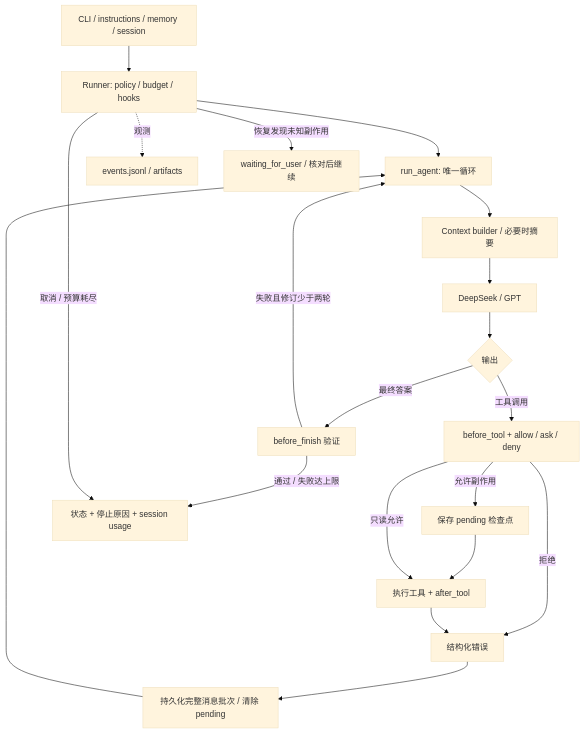
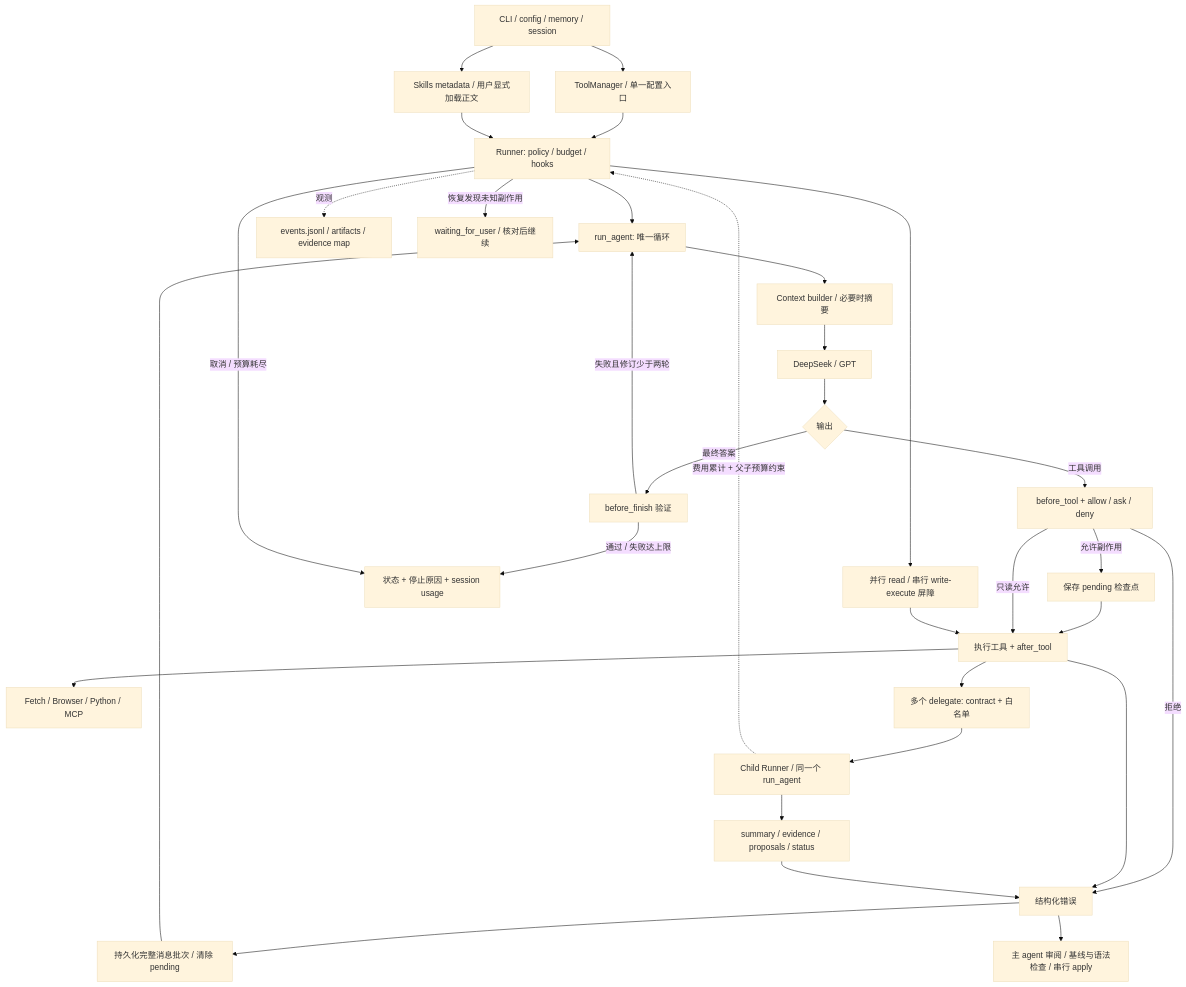
The first of 3 diagrams in docs/architecture.md (Huangsj1/ajAgent), drawn with Mermaid (base theme) before and after one commit. The commit also changed other lines of this file and 79 other files, not shown here.

Commit message:
完成stage6: 添加multi-agent, skills, mcp, 并且多工具并行（子agent并行）

````diff
--- a/docs/architecture.md
+++ b/docs/architecture.md
@@ -3,22 +3,34 @@
 ```mermaid
 flowchart TD
-    U[CLI / instructions / memory / session] --> R[Runner: policy / budget / hooks]
+    U[CLI / config / memory / session] --> TM[ToolManager / 单一配置入口]
+    TM --> R[Runner: policy / budget / hooks]
     R --> L[run_agent: 唯一循环]
     L --> C[Context builder / 必要时摘要]
     C --> M[DeepSeek / GPT]
     M --> D{输出}
     D -->|工具调用| P[before_tool + allow / ask / deny]
     P -->|允许副作用| I[保存 pending 检查点]
     I --> T[执行工具 + after_tool]
     P -->|只读允许| T
     P -->|拒绝| O[结构化错误]
     T --> O
     O --> S[持久化完整消息批次 / 清除 pending]
     S --> L
     D -->|最终答案| V[before_finish 验证]
     V -->|失败且修订少于两轮| L
     V -->|通过 / 失败达上限| F[状态 + 停止原因 + session usage]
-    R -.观测.-> E[events.jsonl / artifacts]
+    R -.观测.-> E[events.jsonl / artifacts / evidence map]
+    U --> SK[Skills metadata / 用户显式加载正文]
+    SK --> R
+    R --> SR[并行 read / 串行 write-execute 屏障]
+    SR --> T
+    T --> X[Fetch / Browser / Python / MCP]
+    T --> DE[多个 delegate: contract + 白名单]
+    DE --> CR[Child Runner / 同一个 run_agent]
+    CR --> HA[summary / evidence / proposals / status]
+    HA --> O
+    O --> AP[主 agent 审阅 / 基线与语法检查 / 串行 apply]
+    CR -.费用累计 + 父子预算约束.-> R
     R -->|取消 / 预算耗尽| F
     R -->|恢复发现未知副作用| W[waiting_for_user / 核对后继续]
 ```
````
